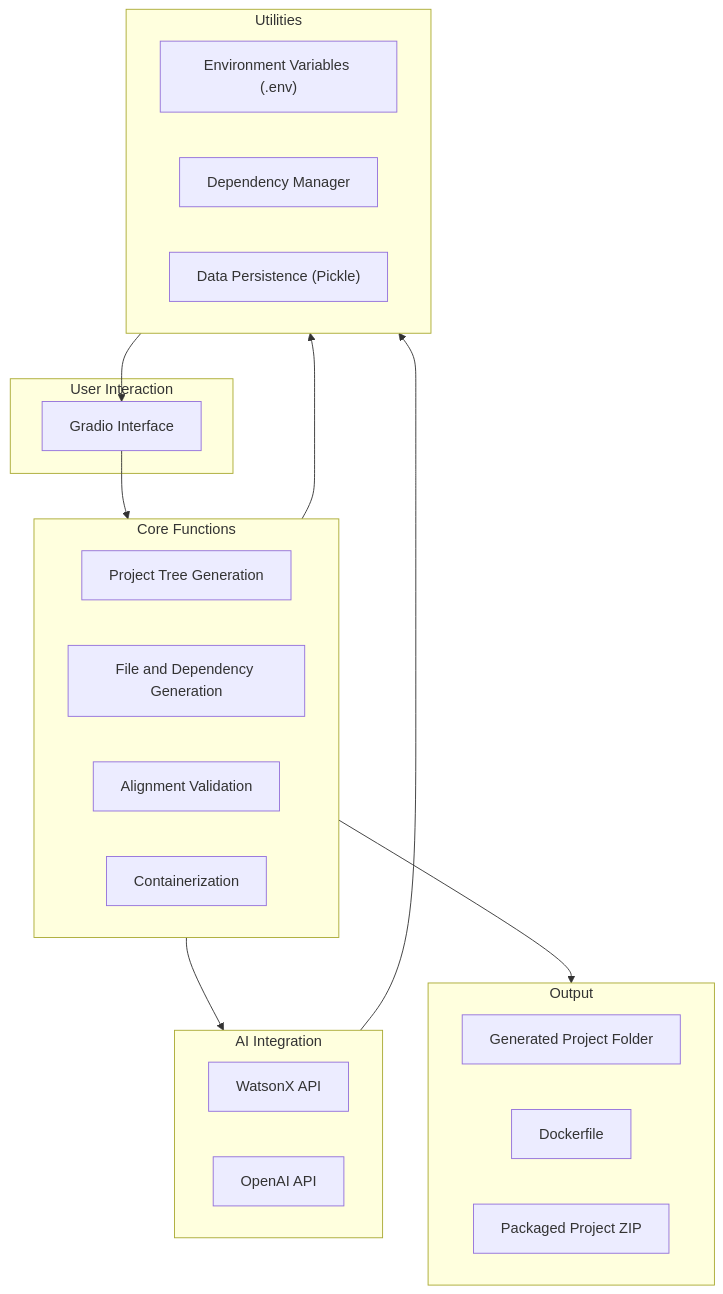
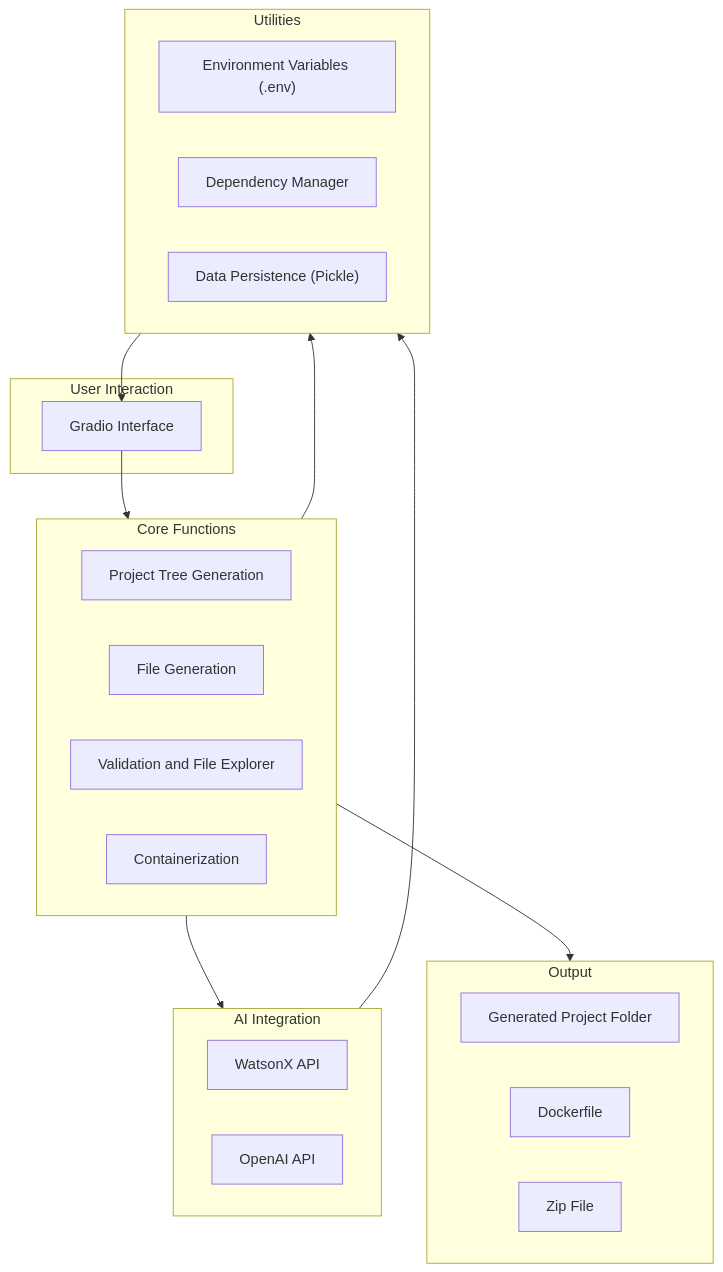
The diagram in README.md (ruslanmv/FactoryAI-SeeSaw), drawn with Mermaid before and after one commit. The commit also changed other lines of this file and 11 other files, not shown here.

````diff
--- a/README.md
+++ b/README.md
@@ -121,38 +37,40 @@
 ```mermaid
 graph TD
     subgraph UserInteraction[User Interaction]
         Gradio[Gradio Interface]
     end
 
     subgraph CoreFunctions[Core Functions]
         ProjectTree[Project Tree Generation]
-        FileGen[File and Dependency Generation]
-        Validation[Alignment Validation]
+        FileGen[File Generation]
+        Validation[Validation and File Explorer]
         Container[Containerization]
     end
 
     subgraph AIIntegration[AI Integration]
         WatsonX[WatsonX API]
-        OpenAI[OpenAI API]
+        ChatGTP[OpenAI API]
     end
 
     subgraph Utilities[Utilities]
         EnvVars["Environment Variables (.env)"]
-        DependencyManager[Dependency Manager]
+        Dependency[Dependency Manager]
         DataPersistence["Data Persistence (Pickle)"]
     end
 
     subgraph Output[Output]
         ProjectFolder[Generated Project Folder]
         Dockerfile[Dockerfile]
-        ZipFile[Packaged Project ZIP]
+        ZipFile[Zip File]
     end
 
+    %% Simplified Connections
     Gradio --> CoreFunctions
     CoreFunctions --> AIIntegration
     CoreFunctions --> Utilities
     CoreFunctions --> Output
 
     AIIntegration --> Utilities
     Utilities --> Gradio
+
 ```
````
